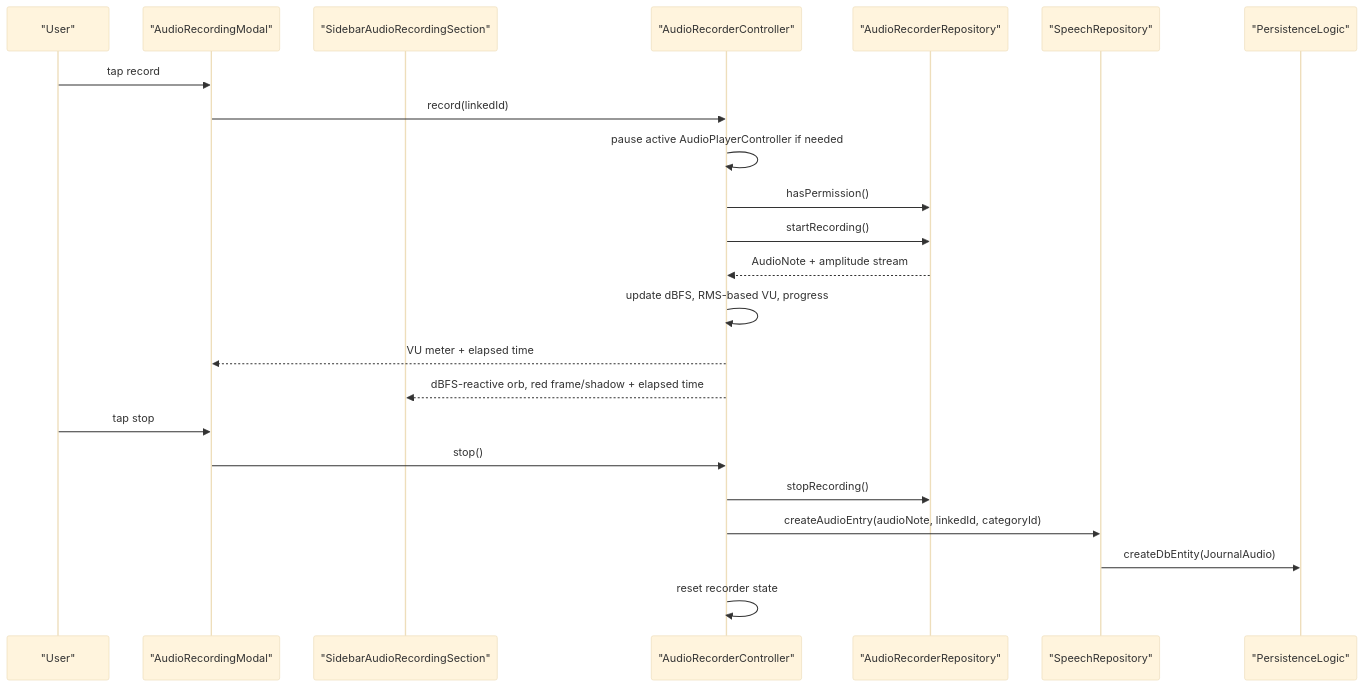
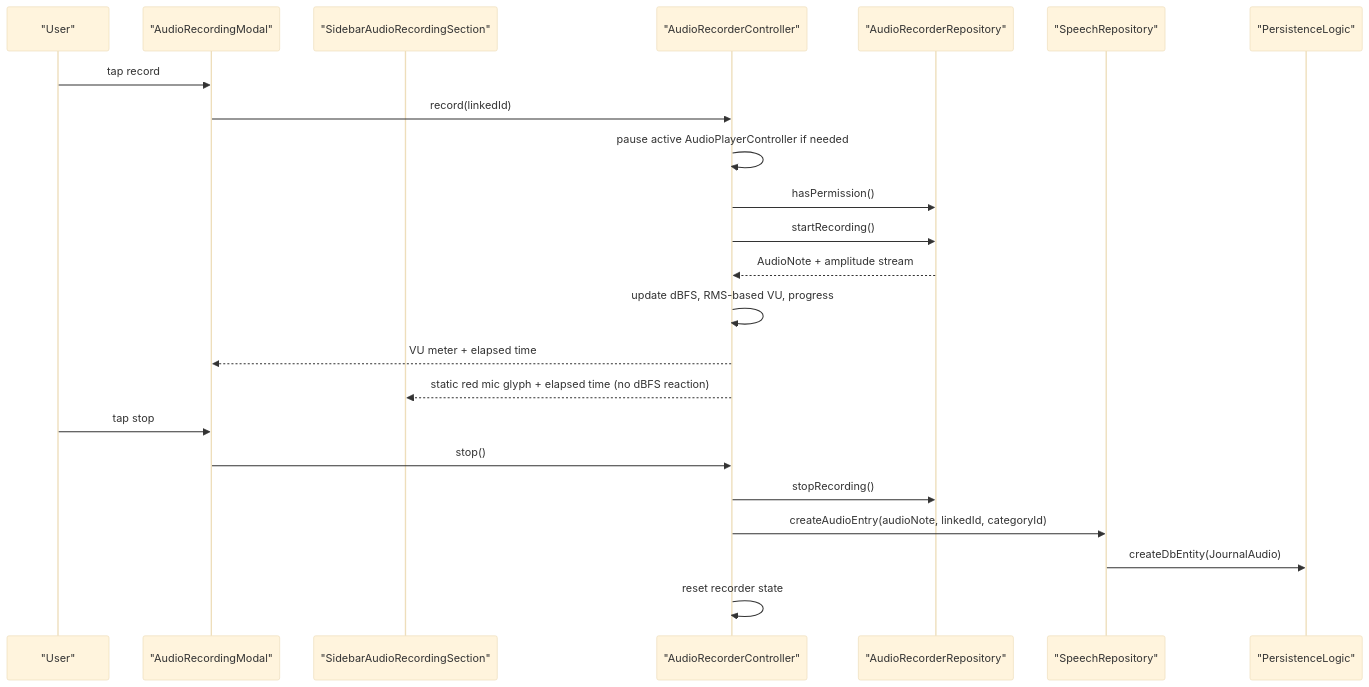
The third of 5 diagrams in lib/features/speech/README.md (matthiasn/lotti), drawn with Mermaid (base theme) before and after one commit. The commit also changed other lines of this file and 28 other files, not shown here.

````diff
--- a/lib/features/speech/README.md
+++ b/lib/features/speech/README.md
@@ -134,26 +134,26 @@
 ```mermaid
 sequenceDiagram
   participant User as "User"
   participant Modal as "AudioRecordingModal"
   participant Sidebar as "SidebarAudioRecordingSection"
   participant Ctl as "AudioRecorderController"
   participant Repo as "AudioRecorderRepository"
   participant Speech as "SpeechRepository"
   participant Persist as "PersistenceLogic"
 
   User->>Modal: tap record
   Modal->>Ctl: record(linkedId)
   Ctl->>Ctl: pause active AudioPlayerController if needed
   Ctl->>Repo: hasPermission()
   Ctl->>Repo: startRecording()
   Repo-->>Ctl: AudioNote + amplitude stream
   Ctl->>Ctl: update dBFS, RMS-based VU, progress
   Ctl-->>Modal: VU meter + elapsed time
-  Ctl-->>Sidebar: dBFS-reactive orb, red frame/shadow + elapsed time
+  Ctl-->>Sidebar: static red mic glyph + elapsed time (no dBFS reaction)
   User->>Modal: tap stop
   Modal->>Ctl: stop()
   Ctl->>Repo: stopRecording()
   Ctl->>Speech: createAudioEntry(audioNote, linkedId, categoryId)
   Speech->>Persist: createDbEntity(JournalAudio)
   Ctl->>Ctl: reset recorder state
 ```
````
